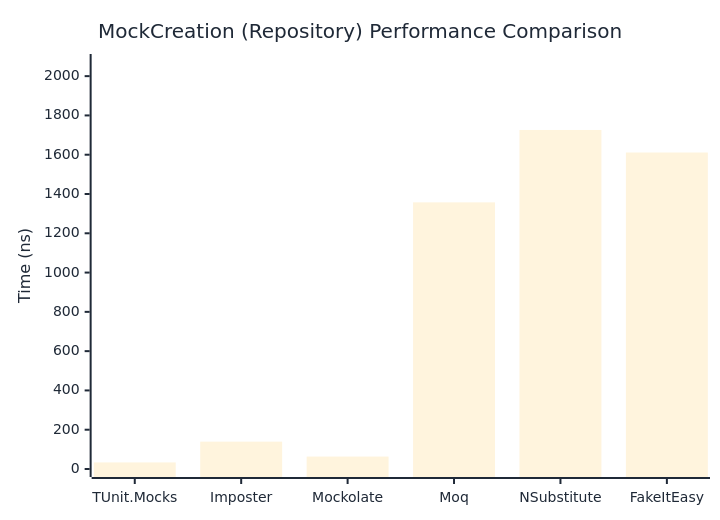
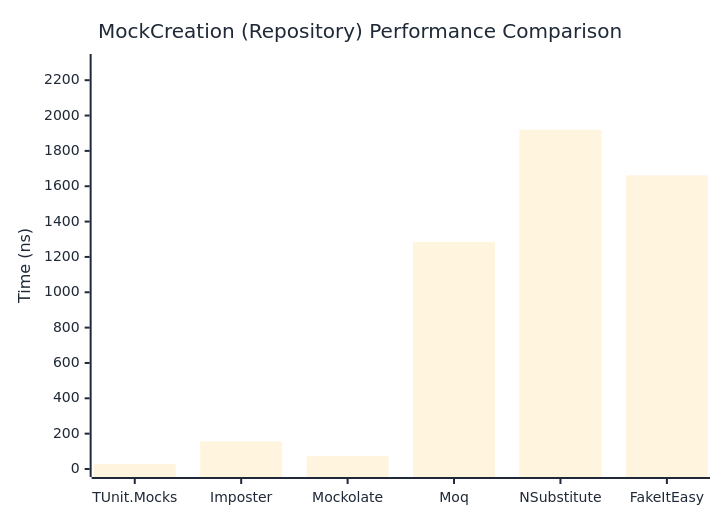
Before and after one commit to thomhurst/TUnit: the second of 2 diagrams in docs/docs/benchmarks/mocks/MockCreation.md, drawn with Mermaid. The commit also changed other lines of this file and 14 other files, not shown here.

````diff
--- a/docs/docs/benchmarks/mocks/MockCreation.md
+++ b/docs/docs/benchmarks/mocks/MockCreation.md
@@ -69,27 +69,27 @@
 ```mermaid
 %%{init: {
   'theme':'base',
   'themeVariables': {
     'primaryColor': '#2563eb',
     'primaryTextColor': '#1f2937',
     'primaryBorderColor': '#1e40af',
     'lineColor': '#6b7280',
     'secondaryColor': '#7c3aed',
     'tertiaryColor': '#dc2626',
     'background': '#ffffff',
     'pie1': '#2563eb',
     'pie2': '#7c3aed',
     'pie3': '#dc2626',
     'pie4': '#f59e0b',
     'pie5': '#10b981',
     'pie6': '#06b6d4',
     'pie7': '#ec4899',
     'pie8': '#6366f1'
   }
 }}%%
 xychart-beta
   title "MockCreation (Repository) Performance Comparison"
   x-axis ["TUnit.Mocks", "Imposter", "Mockolate", "Moq", "NSubstitute", "FakeItEasy"]
-  y-axis "Time (ns)" 0 --> 2072
-  bar [33.44, 139.23, 63.28, 1357.45, 1725.98, 1611.2]
+  y-axis "Time (ns)" 0 --> 2303
+  bar [28.89, 156.01, 72.26, 1284.46, 1919.01, 1661.42]
 ```
````
